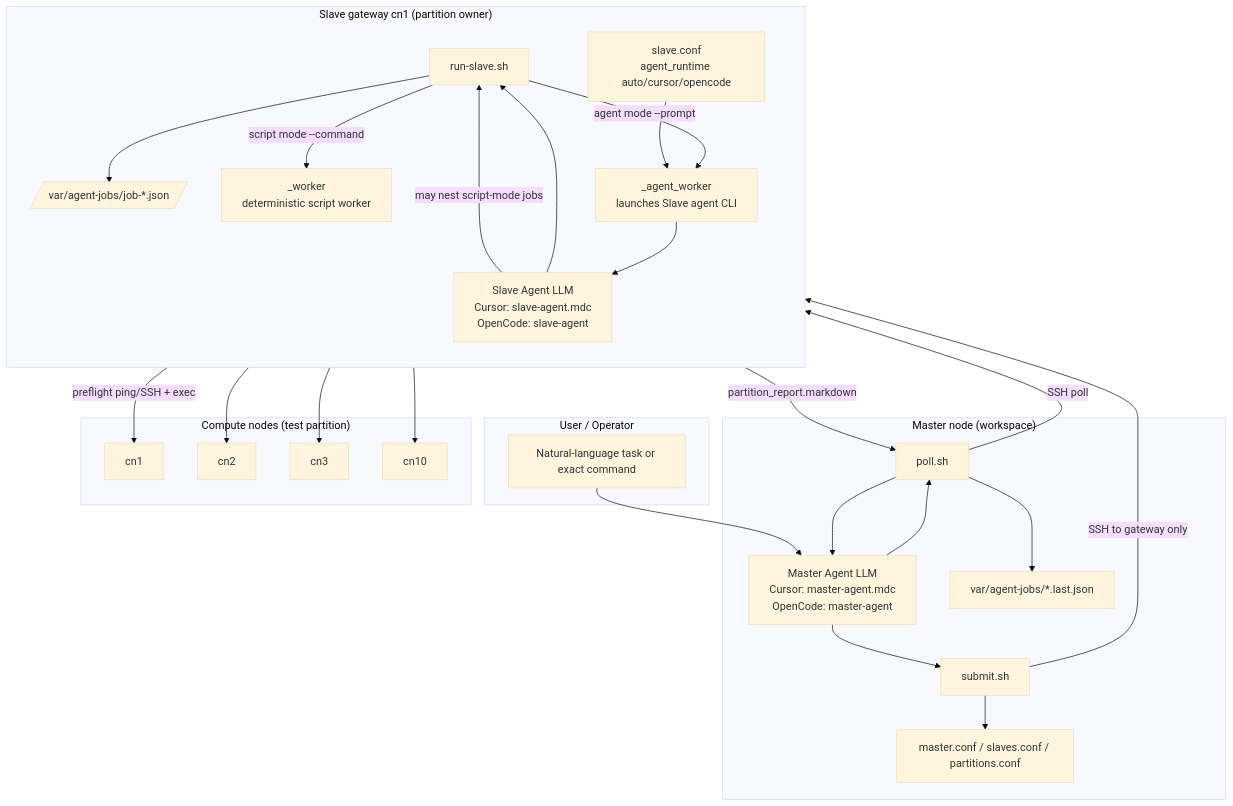
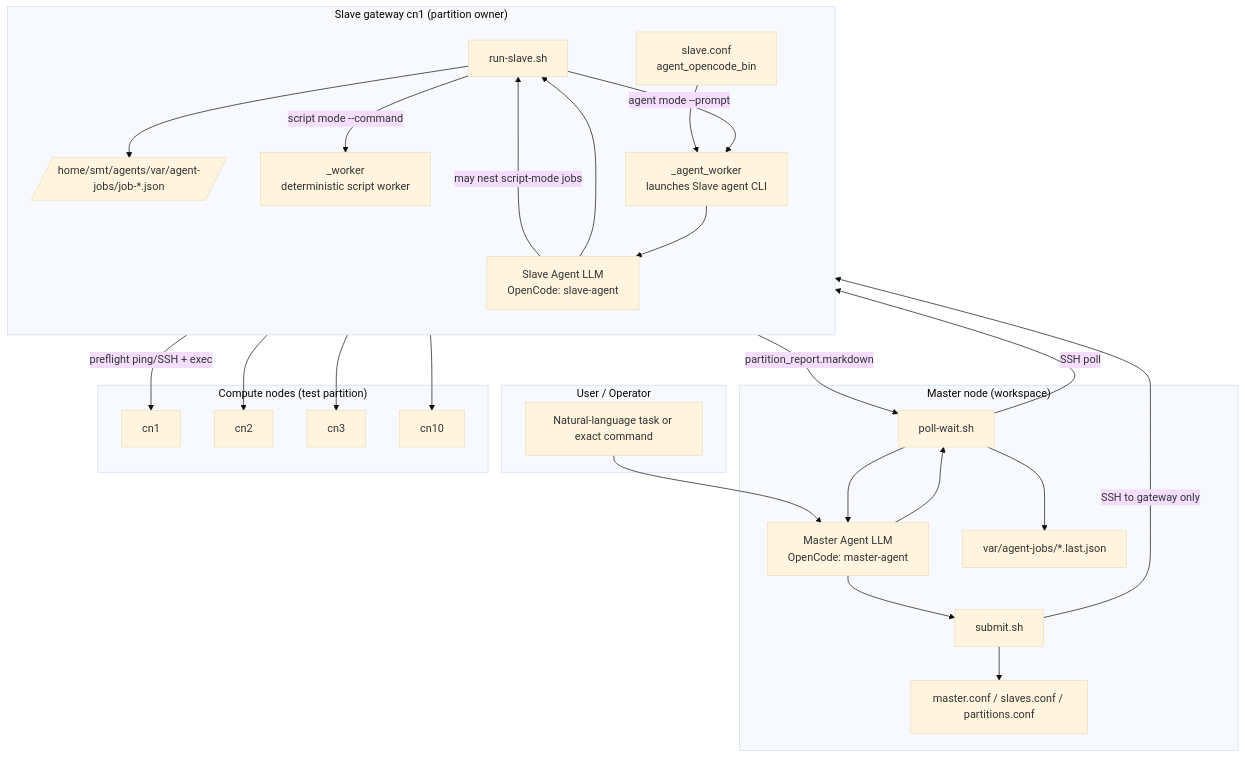
Before and after one commit to voidspiral/ClusterHelm: the first of 4 diagrams in docs/architecture.md, drawn with Mermaid (base theme). The commit also changed other lines of this file and 51 other files, not shown here.

````diff
--- a/docs/architecture.md
+++ b/docs/architecture.md
@@ -21,52 +21,52 @@
 ```mermaid
 flowchart TB
   subgraph User["User / Operator"]
     U[Natural-language task or exact command]
   end
 
   subgraph Master["Master node (workspace)"]
-    MA["Master Agent LLM<br/>Cursor: master-agent.mdc<br/>OpenCode: master-agent"]
+    MA["Master Agent LLM<br/>OpenCode: master-agent"]
     MS[submit.sh]
-    MP[poll.sh]
+    MP[poll-wait.sh]
     MC[master.conf / slaves.conf / partitions.conf]
     MJ[var/agent-jobs/*.last.json]
     MA --> MS
     MA --> MP
     MS --> MC
     MP --> MJ
   end
 
   subgraph Gateway["Slave gateway cn1 (partition owner)"]
     direction TB
     RS[run-slave.sh]
-    SC[slave.conf<br/>agent_runtime auto/cursor/opencode]
-    SJ[/var/agent-jobs/job-*.json/]
-    SA["Slave Agent LLM<br/>Cursor: slave-agent.mdc<br/>OpenCode: slave-agent"]
+    SC[slave.conf<br/>agent_opencode_bin]
+    SJ[/home/smt/agents/var/agent-jobs/job-*.json/]
+    SA["Slave Agent LLM<br/>OpenCode: slave-agent"]
     WK["_worker<br/>deterministic script worker"]
     AW["_agent_worker<br/>launches Slave agent CLI"]
     RS --> SJ
     RS -->|script mode --command| WK
     RS -->|agent mode --prompt| AW
     AW --> SA
     SC --> AW
     SA --> RS
   end
 
   subgraph Nodes["Compute nodes (test partition)"]
     N1[cn1]
     N2[cn2]
     N3[cn3]
     N10[cn10]
   end
 
   U --> MA
   MS -->|SSH to gateway only| RS
   MP -->|SSH poll| RS
   WK -->|preflight ping/SSH + exec| N1
   WK --> N2
   WK --> N3
   WK --> N10
   SA -->|may nest script-mode jobs| RS
   RS -->|partition_report.markdown| MP
   MP --> MA
 ```
````
